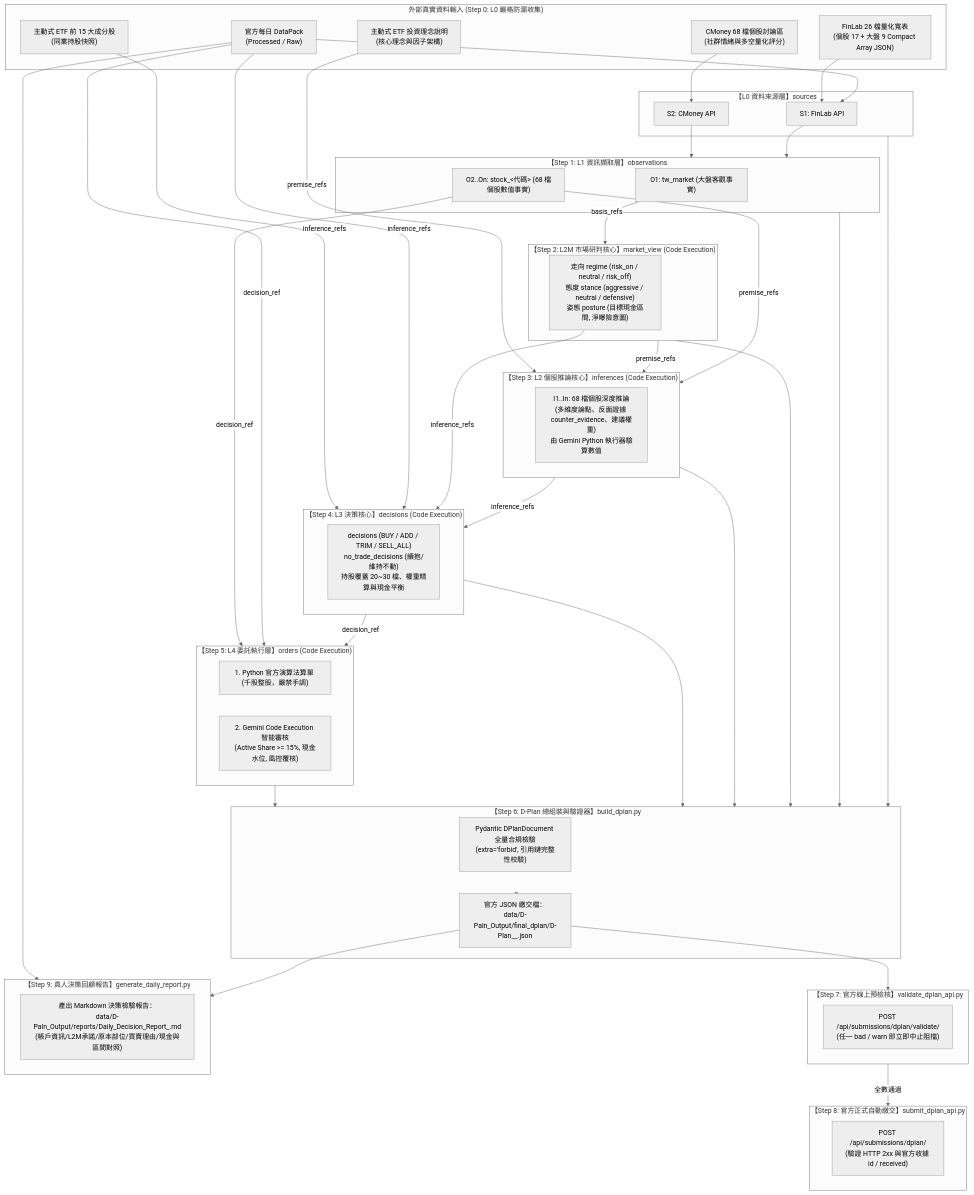
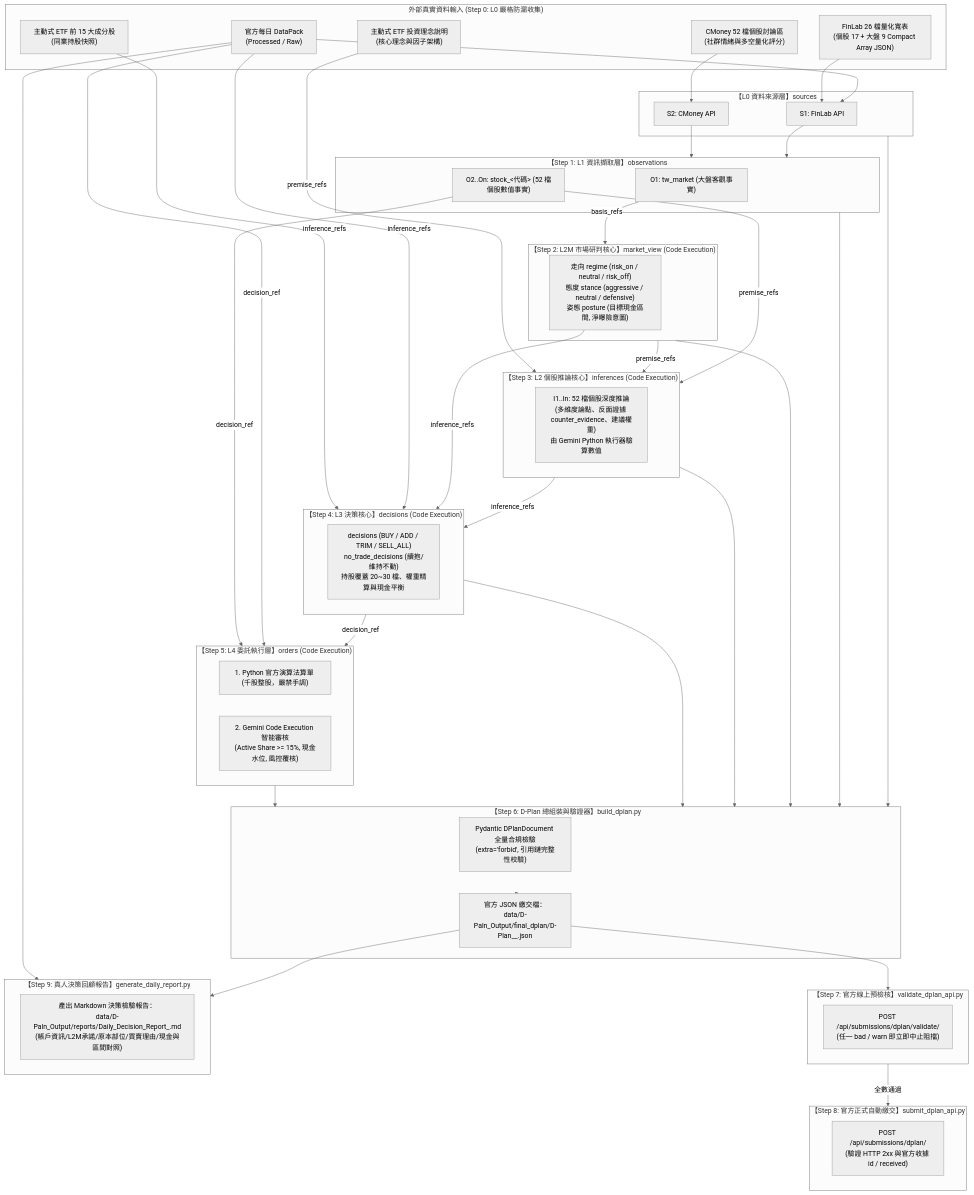
The second of 2 diagrams in README.md (codyliao0327/esun-ai-cup-2026), drawn with Mermaid (neutral theme) before and after one commit. The commit also changed other lines of this file and 8 other files, not shown here.

````diff
--- a/README.md
+++ b/README.md
@@ -141,68 +141,68 @@
 ```mermaid
 flowchart TD
     subgraph Data_Inputs["外部真實資料輸入 (Step 0: L0 嚴格防漏收集)"]
         DP["官方每日 DataPack\n(Processed / Raw)"]
         FL["FinLab 26 檔量化寬表\n(個股 17 + 大盤 9 Compact Array JSON)"]
-        CM["CMoney 68 檔個股討論區\n(社群情緒與多空量化評分)"]
+        CM["CMoney 52 檔個股討論區\n(社群情緒與多空量化評分)"]
         ETF_H["主動式 ETF 前 15 大成分股\n(同業持股快照)"]
         ETF_S["主動式 ETF 投資理念說明\n(核心理念與因子架構)"]
     end
 
     subgraph L0["【L0 資料來源層】sources"]
         S1["S1: FinLab API"]
         S2["S2: CMoney API"]
     end
 
     subgraph L1["【Step 1: L1 資訊擷取層】observations"]
         O_MKT["O1: tw_market (大盤客觀事實)"]
-        O_STK["O2..On: stock_<代碼> (68 檔個股數值事實)"]
+        O_STK["O2..On: stock_<代碼> (52 檔個股數值事實)"]
     end
 
     subgraph L2M["【Step 2: L2M 市場研判核心】market_view (Code Execution)"]
         MV["走向 regime (risk_on / neutral / risk_off)\n態度 stance (aggressive / neutral / defensive)\n姿態 posture (目標現金區間, 淨曝險意圖)"]
     end
 
     subgraph L2["【Step 3: L2 個股推論核心】inferences (Code Execution)"]
-        INF["I1..In: 68 檔個股深度推論\n(多維度論點、反面證據 counter_evidence、建議權重)\n由 Gemini Python 執行器驗算數值"]
+        INF["I1..In: 52 檔個股深度推論\n(多維度論點、反面證據 counter_evidence、建議權重)\n由 Gemini Python 執行器驗算數值"]
     end
 
     subgraph L3["【Step 4: L3 決策核心】decisions (Code Execution)"]
         DEC["decisions (BUY / ADD / TRIM / SELL_ALL)\nno_trade_decisions (續抱/維持不動)\n持股覆蓋 20~30 檔、權重精算與現金平衡"]
     end
 
     subgraph L4["【Step 5: L4 委託執行層】orders (Code Execution)"]
         ORD_PY["1. Python 官方演算法算單 (千股整股，嚴禁手調)"]
         ORD_LLM["2. Gemini Code Execution 智能審核\n(Active Share >= 15%, 現金水位, 風控覆核)"]
     end
 
     subgraph Assembler["【Step 6: D-Plan 總組裝與驗證器】build_dplan.py"]
         VAL["Pydantic DPlanDocument 全量合規檢驗\n(extra='forbid', 引用鏈完整性校驗)"]
         OUT["官方 JSON 繳交檔：\ndata/D-Paln_Output/final_dplan/D-Plan_<team_id>_<trade_date>.json"]
     end
 
     subgraph Validate["【Step 7: 官方線上預檢核】validate_dplan_api.py"]
         PRECHK["POST /api/submissions/dplan/validate/\n(任一 bad / warn 即立即中止阻擋)"]
     end
 
     subgraph Submit["【Step 8: 官方正式自動繳交】submit_dplan_api.py"]
         POSTSUB["POST /api/submissions/dplan/\n(驗證 HTTP 2xx 與官方收據 id / received)"]
     end
 
     subgraph ReviewReport["【Step 9: 真人決策回顧報告】generate_daily_report.py"]
         REP["產出 Markdown 決策檢驗報告：\ndata/D-Paln_Output/reports/Daily_Decision_Report_<YYYYMMDD>.md\n(帳戶資訊/L2M承諾/原本部位/買賣理由/現金與區間對照)"]
     end
 
     DP --> S1
     FL --> S1
     CM --> S2
     S1 & S2 --> L1
     O_MKT -->|basis_refs| L2M
     O_STK & L2M & ETF_S -->|premise_refs| L2
     L2 & MV & DP & ETF_H -->|inference_refs| L3
     L3 & DP & O_STK -->|decision_ref| L4
     L0 & L1 & L2M & L2 & L3 & L4 --> Assembler
     Assembler --> OUT
     OUT --> Validate
     Validate -->|全數通過| Submit
     OUT & DP --> ReviewReport
 ```
````
